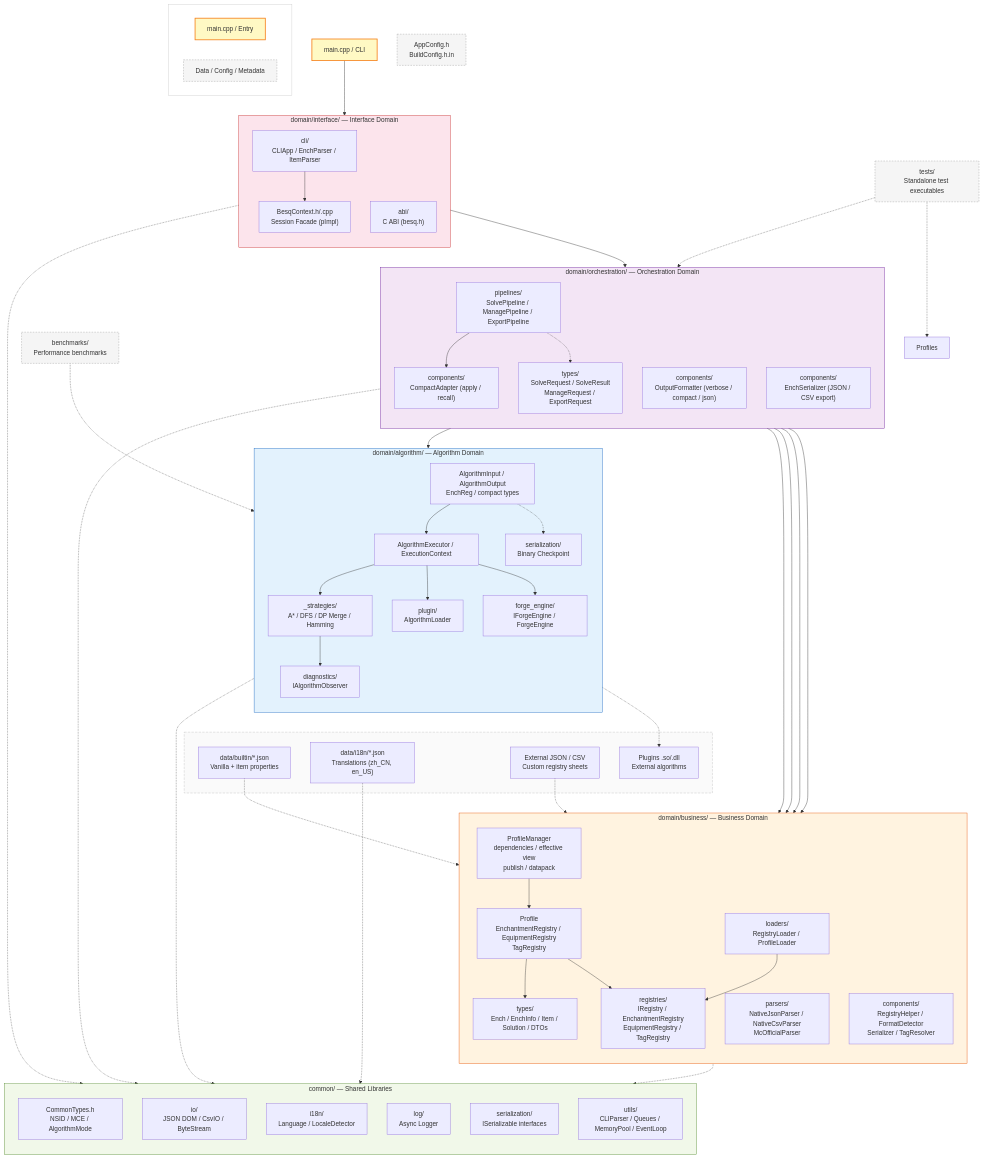
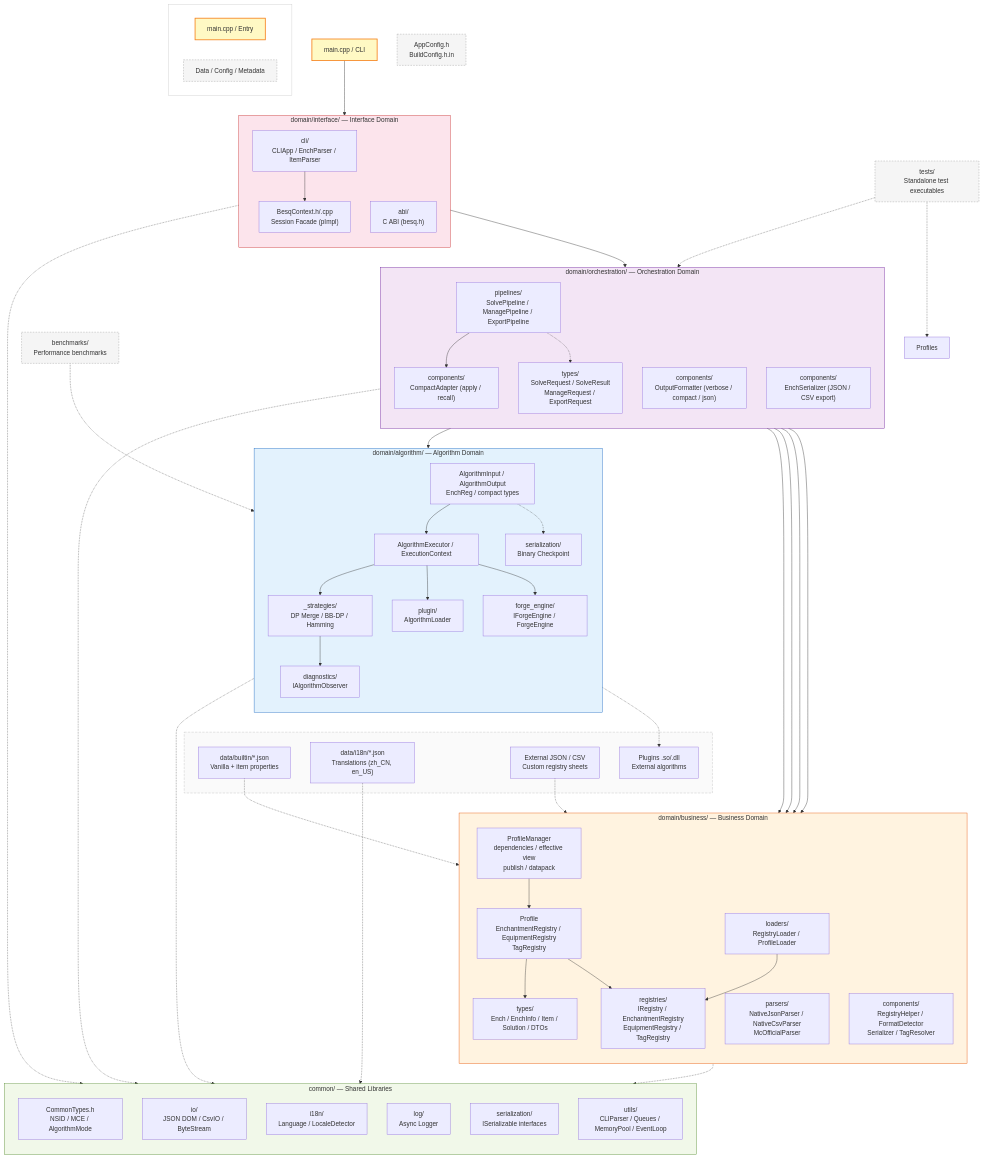
One commit to Dinosaur-MC/BestEnchSeq-Core changed the diagram in README.md. Above: the diagram before and after it, drawn with Mermaid. The commit also changed other lines of this file and 4 other files, not shown here.

First line of the commit message:
docs: 修正过期文档内容 + 新增 architecture-overview 架构总览

```diff
--- a/README.md
+++ b/README.md
@@ -173,7 +180,7 @@
         direction TB
         AlgoInput["AlgorithmInput / AlgorithmOutput<br/>EnchReg / compact types"]
         Executor["AlgorithmExecutor / ExecutionContext"]
-        Strategies["_strategies/<br/>A* / DFS / DP Merge / Hamming"]
+        Strategies["_strategies/<br/>DP Merge / BB-DP / Hamming"]
         Forge["forge_engine/<br/>IForgeEngine / ForgeEngine"]
         Plugin["plugin/<br/>AlgorithmLoader"]
         Diag["diagnostics/<br/>IAlgorithmObserver"]
```
